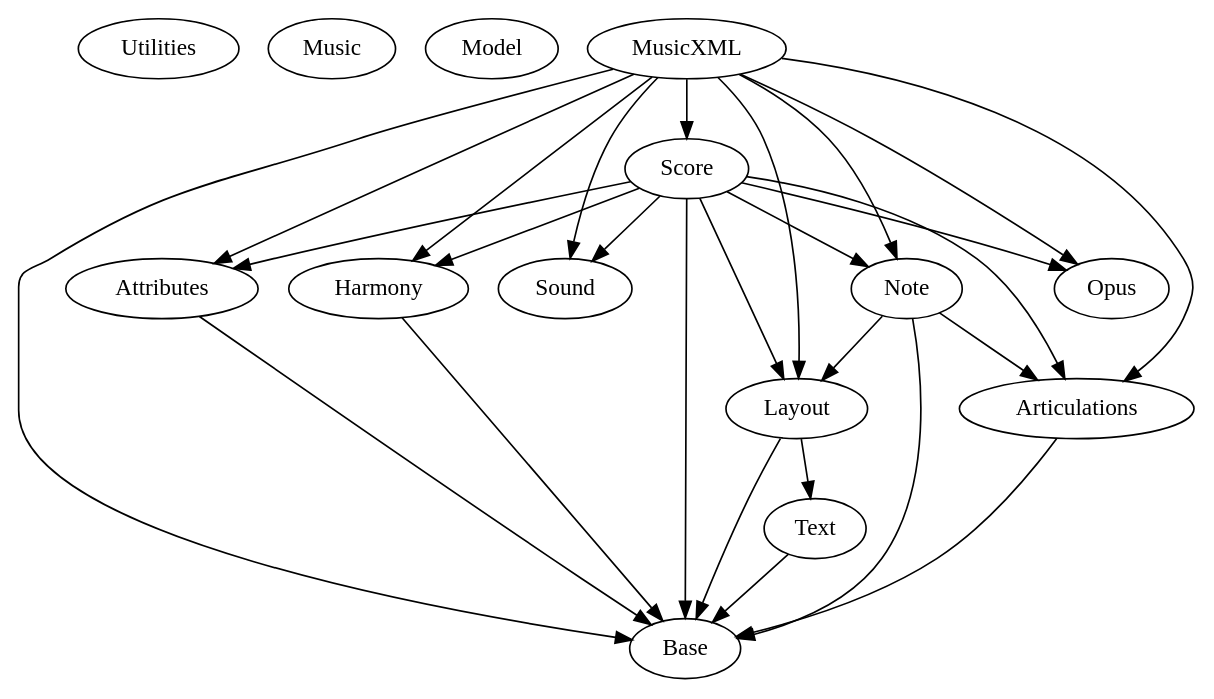
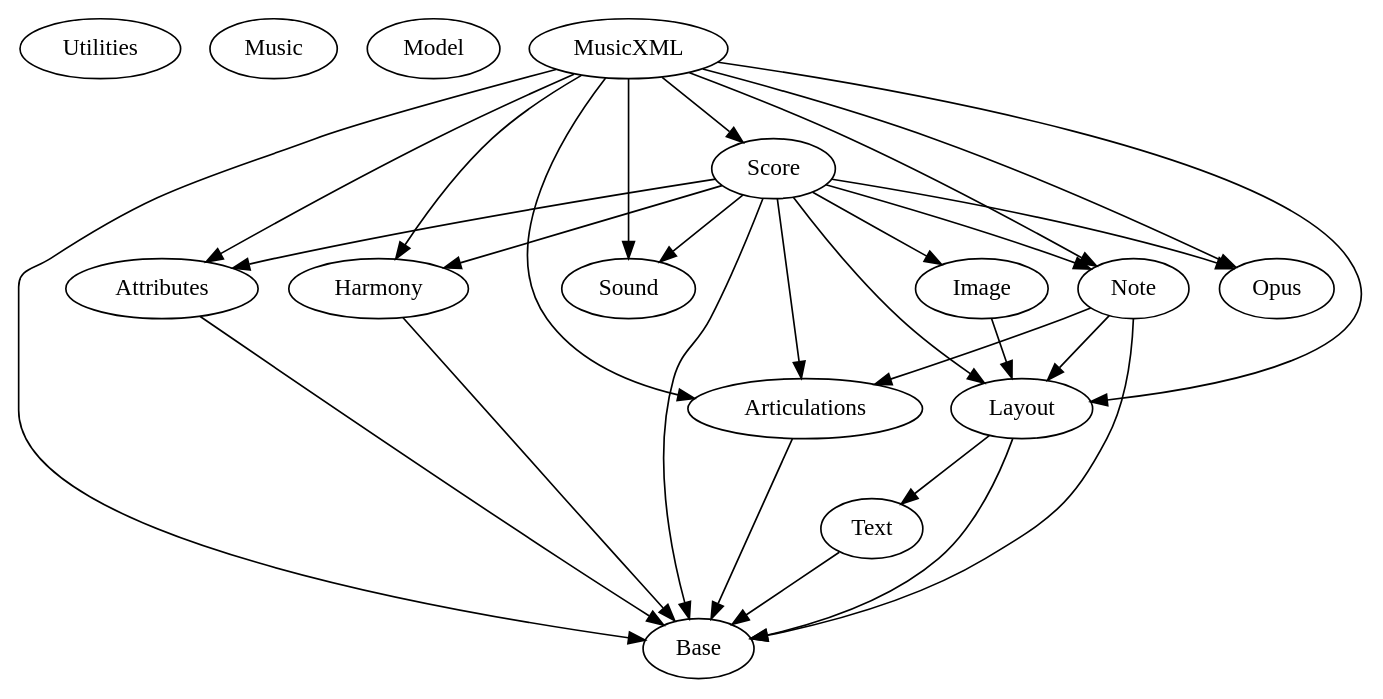
Before and after one commit to hanshoglund/vintage-music: the diagram in modules.dot, drawn with Graphviz. The commit also changed 15 other files, not shown here.

```diff
--- a/modules.dot
+++ b/modules.dot
@@ -1,42 +1,44 @@
 
 
 digraph Music { 
   
     Utilities;
     Music;
     Model;
     MusicXML; 
     MusicXML -> Base;
     MusicXML -> Layout;
     MusicXML -> Articulations;
     MusicXML -> Attributes;
     MusicXML -> Harmony;
     MusicXML -> Sound;
     MusicXML -> Note;
     MusicXML -> Opus;
     MusicXML -> Score;
     
-    Text -> Base;
+    Text          -> Base;
     
-    Layout -> Text;
-    Layout -> Base;
-                   
+    Layout        -> Text;
+    Layout        -> Base;
+
     Articulations -> Base;
-    Attributes -> Base;
+    Attributes    -> Base;
     
     Harmony -> Base;      
+
+    Image -> Layout;
     
     Note -> Layout; 
     Note -> Base;
     Note -> Articulations;
     
     Score -> Base;
+    Score -> Image;
     Score -> Layout;
     Score -> Articulations;
     Score -> Attributes;
     Score -> Harmony;
     Score -> Sound;
     Score -> Note;
     Score -> Opus;
-
 }
```
